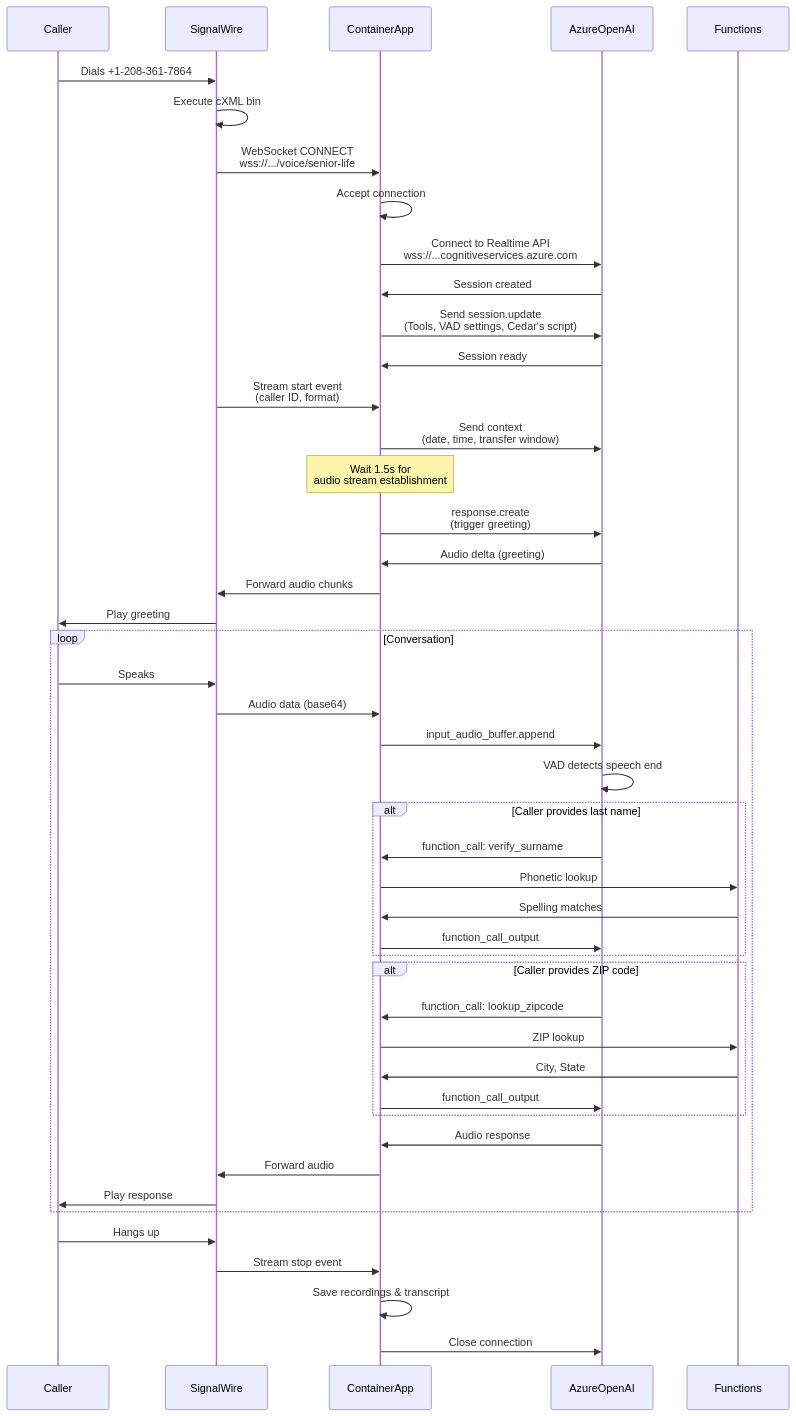
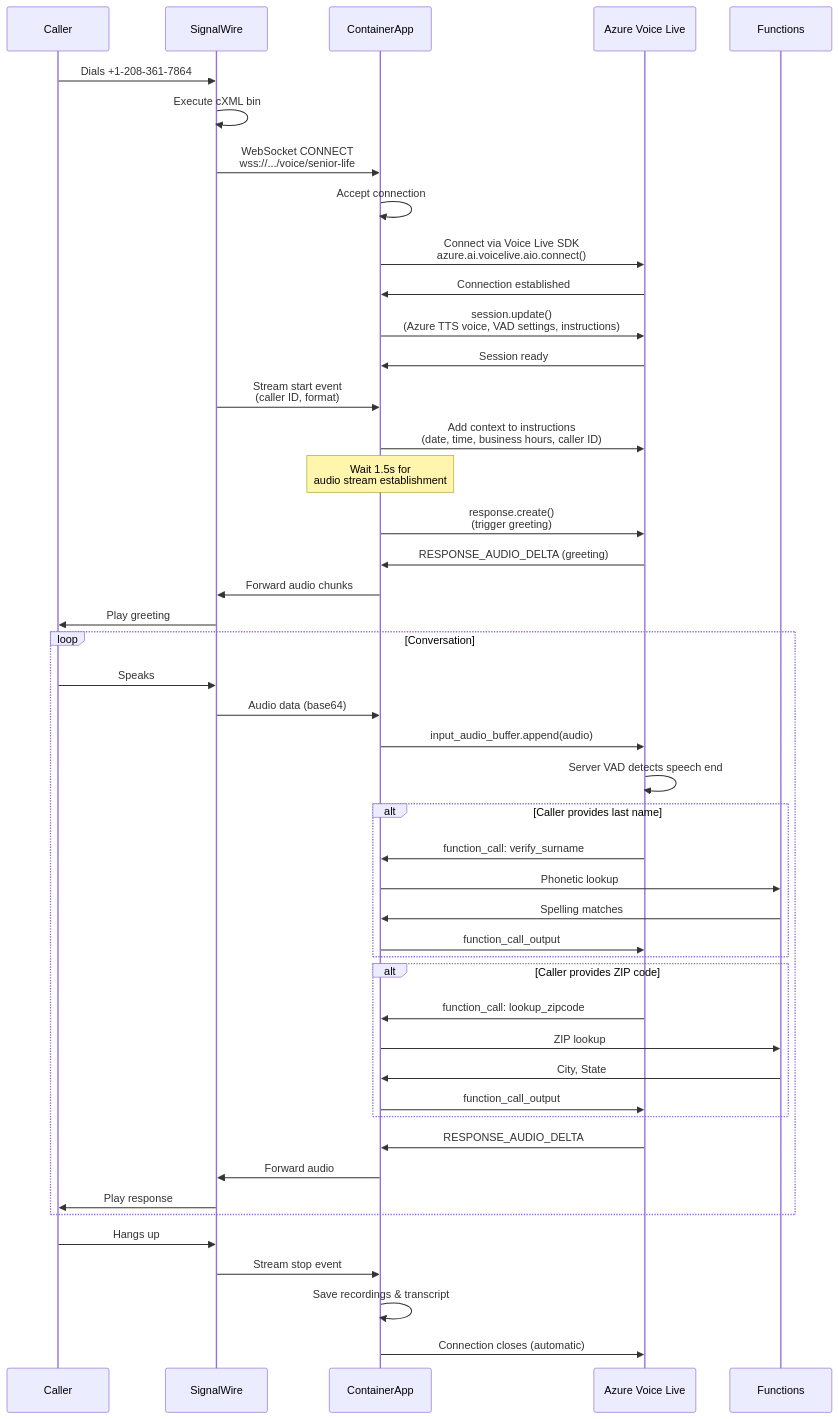
The second of 3 diagrams in SIGNALWIRE_ARCHITECTURE.md (kireland3517/voice-agents-platform), drawn with Mermaid before and after one commit. The commit also changed other lines of this file and 3 other files, not shown here.

````diff
--- a/SIGNALWIRE_ARCHITECTURE.md
+++ b/SIGNALWIRE_ARCHITECTURE.md
@@ -93,60 +96,60 @@
 ```mermaid
 sequenceDiagram
     participant Caller
     participant SignalWire
     participant ContainerApp
-    participant AzureOpenAI
+    participant VoiceLive as Azure Voice Live
     participant Functions
 
     Caller->>SignalWire: Dials +1-208-361-7864
     SignalWire->>SignalWire: Execute cXML bin
     SignalWire->>ContainerApp: WebSocket CONNECT<br/>wss://.../voice/senior-life
     ContainerApp->>ContainerApp: Accept connection
 
-    ContainerApp->>AzureOpenAI: Connect to Realtime API<br/>wss://...cognitiveservices.azure.com
-    AzureOpenAI->>ContainerApp: Session created
+    ContainerApp->>VoiceLive: Connect via Voice Live SDK<br/>azure.ai.voicelive.aio.connect()
+    VoiceLive->>ContainerApp: Connection established
 
-    ContainerApp->>AzureOpenAI: Send session.update<br/>(Tools, VAD settings, Cedar's script)
-    AzureOpenAI->>ContainerApp: Session ready
+    ContainerApp->>VoiceLive: session.update()<br/>(Azure TTS voice, VAD settings, instructions)
+    VoiceLive->>ContainerApp: Session ready
 
     SignalWire->>ContainerApp: Stream start event<br/>(caller ID, format)
-    ContainerApp->>AzureOpenAI: Send context<br/>(date, time, transfer window)
+    ContainerApp->>VoiceLive: Add context to instructions<br/>(date, time, business hours, caller ID)
 
     Note over ContainerApp: Wait 1.5s for<br/>audio stream establishment
 
-    ContainerApp->>AzureOpenAI: response.create<br/>(trigger greeting)
-    AzureOpenAI->>ContainerApp: Audio delta (greeting)
+    ContainerApp->>VoiceLive: response.create()<br/>(trigger greeting)
+    VoiceLive->>ContainerApp: RESPONSE_AUDIO_DELTA (greeting)
     ContainerApp->>SignalWire: Forward audio chunks
     SignalWire->>Caller: Play greeting
 
     loop Conversation
         Caller->>SignalWire: Speaks
         SignalWire->>ContainerApp: Audio data (base64)
-        ContainerApp->>AzureOpenAI: input_audio_buffer.append
+        ContainerApp->>VoiceLive: input_audio_buffer.append(audio)
 
-        AzureOpenAI->>AzureOpenAI: VAD detects speech end
+        VoiceLive->>VoiceLive: Server VAD detects speech end
 
         alt Caller provides last name
-            AzureOpenAI->>ContainerApp: function_call: verify_surname
+            VoiceLive->>ContainerApp: function_call: verify_surname
             ContainerApp->>Functions: Phonetic lookup
             Functions->>ContainerApp: Spelling matches
-            ContainerApp->>AzureOpenAI: function_call_output
+            ContainerApp->>VoiceLive: function_call_output
         end
 
         alt Caller provides ZIP code
-            AzureOpenAI->>ContainerApp: function_call: lookup_zipcode
+            VoiceLive->>ContainerApp: function_call: lookup_zipcode
             ContainerApp->>Functions: ZIP lookup
             Functions->>ContainerApp: City, State
-            ContainerApp->>AzureOpenAI: function_call_output
+            ContainerApp->>VoiceLive: function_call_output
         end
 
-        AzureOpenAI->>ContainerApp: Audio response
+        VoiceLive->>ContainerApp: RESPONSE_AUDIO_DELTA
         ContainerApp->>SignalWire: Forward audio
         SignalWire->>Caller: Play response
     end
 
     Caller->>SignalWire: Hangs up
     SignalWire->>ContainerApp: Stream stop event
     ContainerApp->>ContainerApp: Save recordings & transcript
-    ContainerApp->>AzureOpenAI: Close connection
+    ContainerApp->>VoiceLive: Connection closes (automatic)
 ```
````
